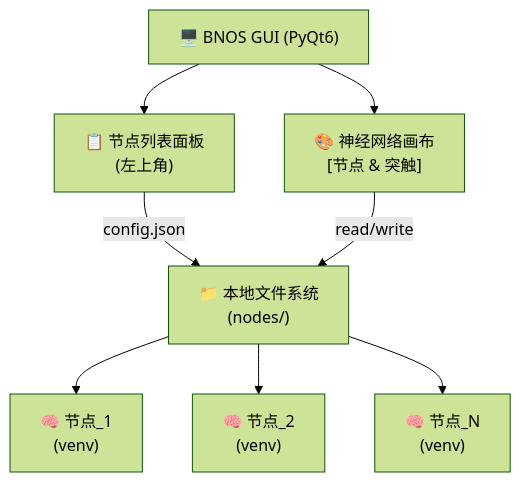
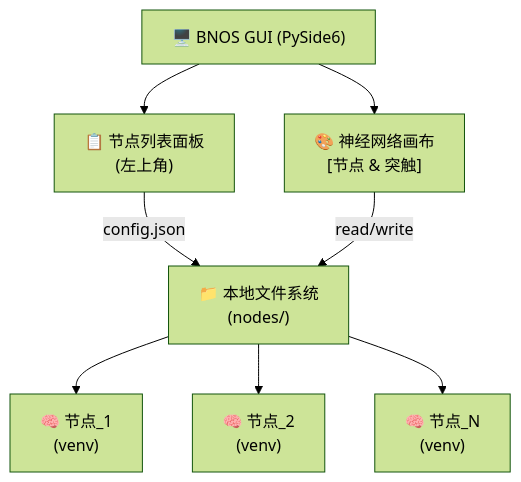
One commit to LiuStar656/BNOS---Bionic-Neural-Network-Visual-Orchestration-Platform changed the diagram in README_CN.md. Above: the diagram before and after it, drawn with Mermaid (forest theme). The commit also changed other lines of this file and 128 other files, not shown here.

````diff
--- a/README_CN.md
+++ b/README_CN.md
@@ -270,18 +270,18 @@
 ```mermaid
 graph TB
-    GUI["🖥️ BNOS GUI (PyQt6)"]
+    GUI["🖥️ BNOS GUI (PySide6)"]
     Panel["📋 节点列表面板<br/>(左上角)"]
     Canvas["🎨 神经网络画布<br/>[节点 & 突触]"]
     FS["📁 本地文件系统<br/>(nodes/)"]
     N1["🧠 节点_1<br/>(venv)"]
     N2["🧠 节点_2<br/>(venv)"]
     NN["🧠 节点_N<br/>(venv)"]
     
     GUI --> Panel
     GUI --> Canvas
     Panel -->|config.json| FS
     Canvas -->|read/write| FS
     FS --> N1
     FS --> N2
     FS --> NN
 ```
````
